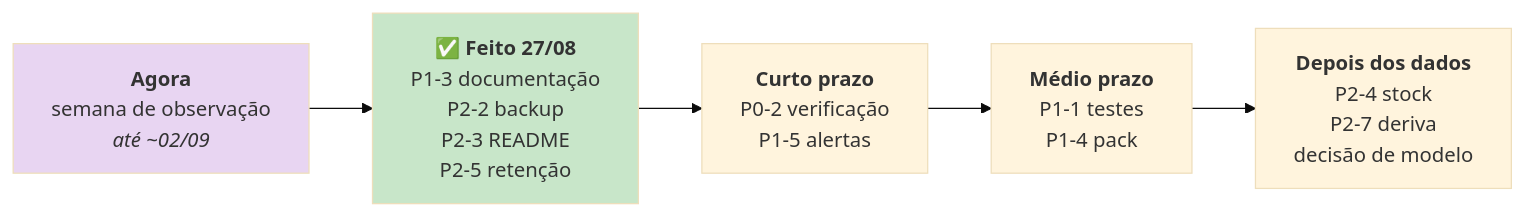
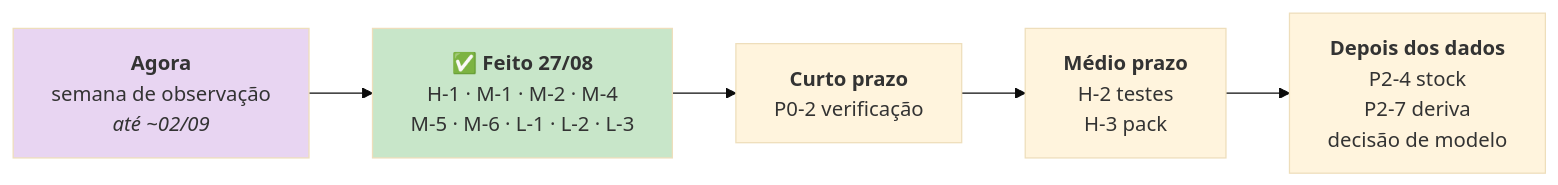
The third of 3 diagrams in docs/07-roadmap/improvements.md (joaocarvalhini/Outlook-Reply-Assistant), drawn with Mermaid (base theme) before and after one commit. The commit also changed other lines of this file and 3 other files, not shown here.

````diff
--- a/docs/07-roadmap/improvements.md
+++ b/docs/07-roadmap/improvements.md
@@ -178,10 +172,10 @@
 ```mermaid
 flowchart LR
-    A["<b>Agora</b><br/>semana de observação<br/><i>até ~02/09</i>"] --> B["<b>✅ Feito 27/08</b><br/>P1-3 documentação<br/>P2-2 backup<br/>P2-3 README<br/>P2-5 retenção"]
-    B --> C["<b>Curto prazo</b><br/>P0-2 verificação<br/>P1-5 alertas"]
-    C --> D["<b>Médio prazo</b><br/>P1-1 testes<br/>P1-4 pack"]
+    A["<b>Agora</b><br/>semana de observação<br/><i>até ~02/09</i>"] --> B["<b>✅ Feito 27/08</b><br/>H-1 · M-1 · M-2 · M-4<br/>M-5 · M-6 · L-1 · L-2 · L-3"]
+    B --> C["<b>Curto prazo</b><br/>P0-2 verificação"]
+    C --> D["<b>Médio prazo</b><br/>H-2 testes<br/>H-3 pack"]
     D --> E["<b>Depois dos dados</b><br/>P2-4 stock<br/>P2-7 deriva<br/>decisão de modelo"]
 
     style A fill:#e8d5f2
     style B fill:#c8e6c9
 ```
````
